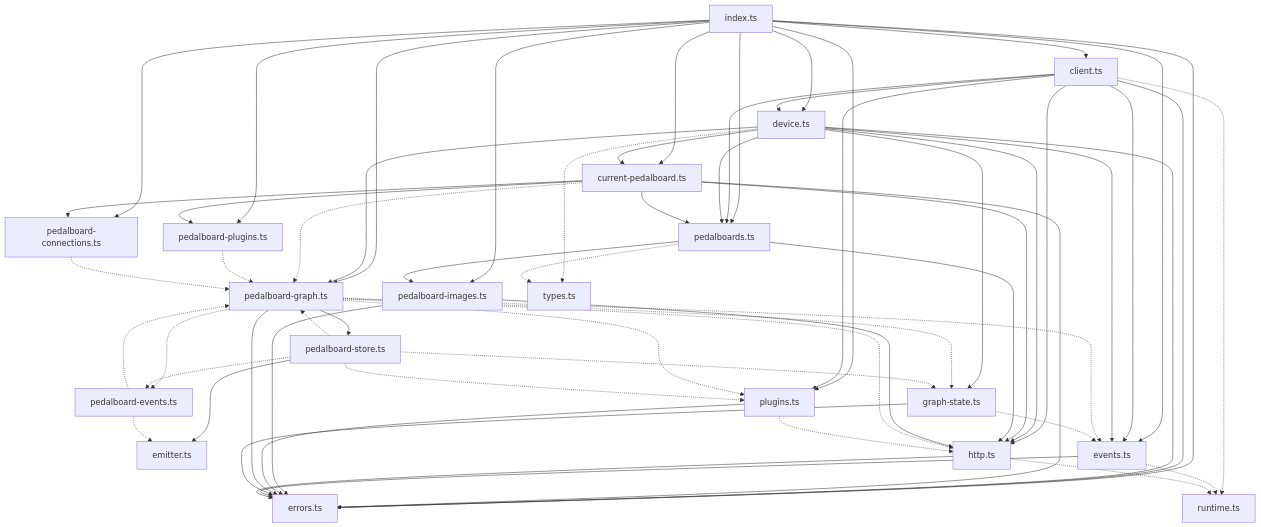
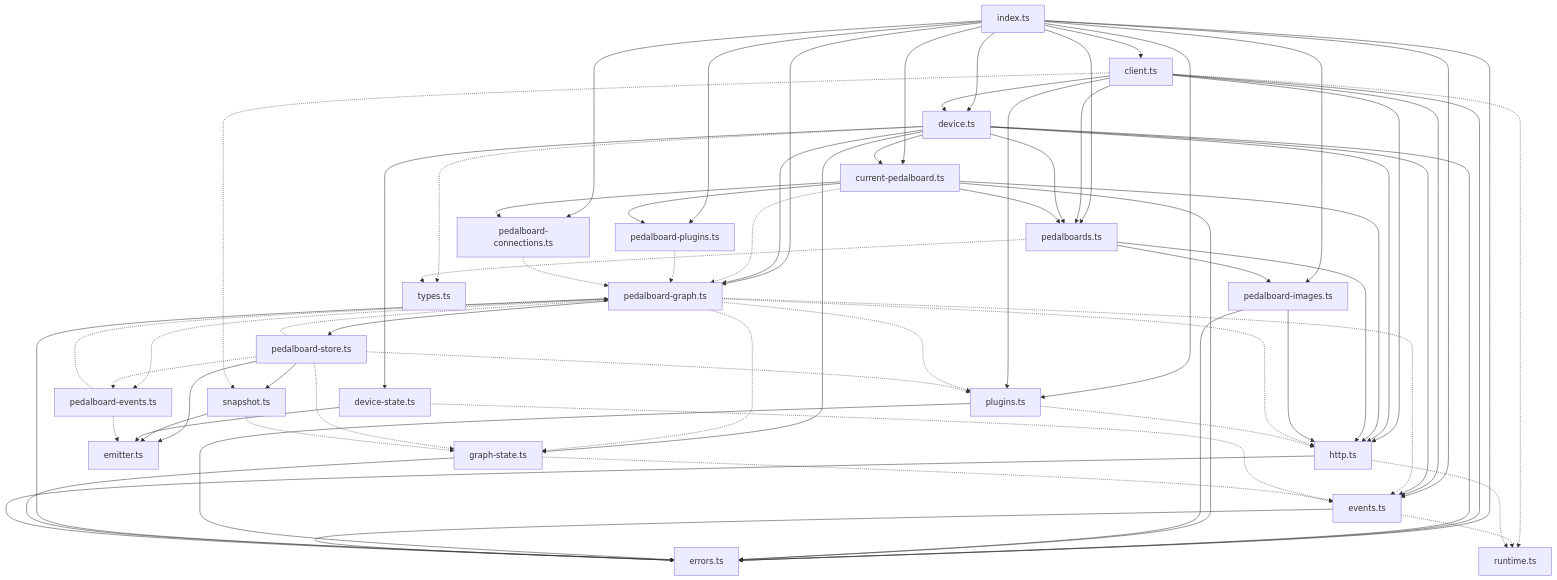
Before and after one commit to SrMouraSilva/mod-ui: the second of 14 diagrams in docs/modui-client.md, drawn with Mermaid. The commit also changed other lines of this file and 15 other files, not shown here.

First line of the commit message:
feat(modui-client): add snapshot management and preset event handling

````diff
--- a/docs/modui-client.md
+++ b/docs/modui-client.md
@@ -426,49 +467,57 @@
 ```mermaid
 flowchart TD
   index["index.ts"]
   client["client.ts"]
   device["device.ts"]
   current["current-pedalboard.ts"]
   pedalboards["pedalboards.ts"]
   images["pedalboard-images.ts"]
   plugins["plugins.ts"]
   pplugins["pedalboard-plugins.ts"]
   pconn["pedalboard-connections.ts"]
   pgraph["pedalboard-graph.ts"]
   gstate["graph-state.ts"]
   store["pedalboard-store.ts"]
   pevents["pedalboard-events.ts"]
   emitter["emitter.ts"]
+  snap["snapshot.ts"]
+  dstate["device-state.ts"]
   events["events.ts"]
   http["http.ts"]
   errors["errors.ts"]
   runtime["runtime.ts"]
   types["types.ts"]
 
   index --> client & device & current & pedalboards & images & plugins & pplugins & pconn & pgraph & events & errors
   client --> device & pedalboards & plugins & events & http & errors
   device --> current & gstate & pgraph & events & http & pedalboards & errors
   current --> pplugins & pconn & http & pedalboards & errors
   pedalboards --> http & images
   images --> http & errors
   plugins --> errors
   pgraph --> errors & store
-  store --> emitter
+  store --> emitter & snap
+  snap --> emitter
+  device --> dstate
+  dstate --> emitter
   gstate --> errors
   events --> errors
   http --> errors
 
   current -.-> pgraph
   pplugins -.-> pgraph
   pconn -.-> pgraph
   pgraph -.-> http & events & gstate & plugins & pevents
   store -.-> gstate & plugins & pgraph & pevents
+  snap -.-> gstate
+  dstate -.-> events
+  client -.-> snap
   pevents -.-> emitter & pgraph
   gstate -.-> events
   plugins -.-> http
   client -.-> runtime
   events -.-> runtime
   http -.-> runtime
   device -.-> types
   pedalboards -.-> types
 ```
````
